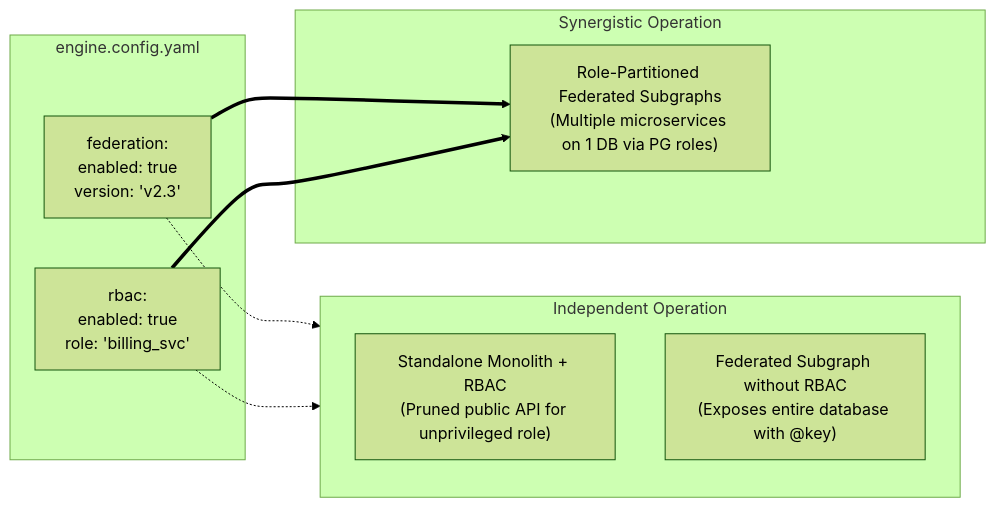
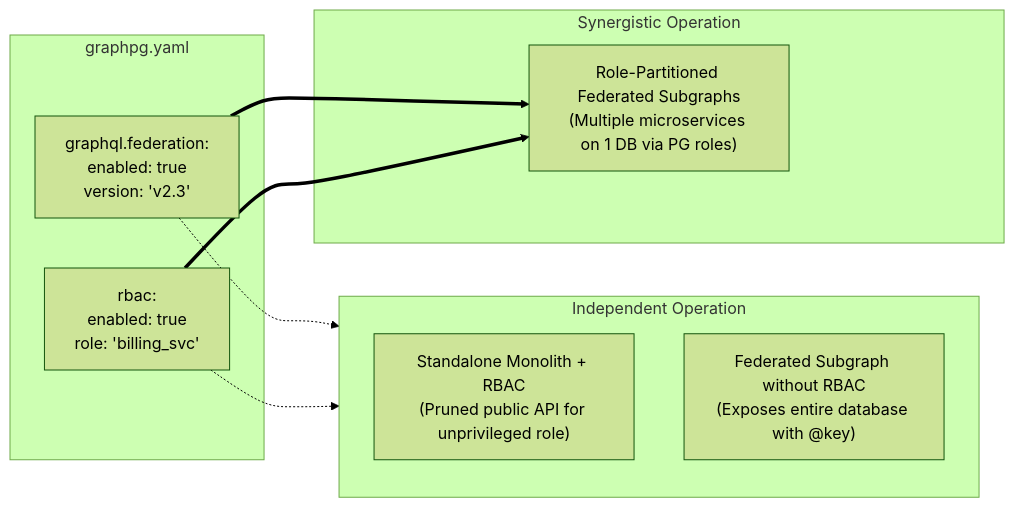
The first of 2 diagrams in docs/federation-and-rbac.md (mihailtd/graphpg), drawn with Mermaid (forest theme) before and after one commit. The commit also changed other lines of this file and 31 other files, not shown here.

````diff
--- a/docs/federation-and-rbac.md
+++ b/docs/federation-and-rbac.md
@@ -11,21 +11,21 @@
 ```mermaid
 flowchart LR
-    subgraph EngineConfig["engine.config.yaml"]
-        FedCfg["federation:<br/>enabled: true<br/>version: 'v2.3'"]
+    subgraph Config["graphpg.yaml"]
+        FedCfg["graphql.federation:<br/>enabled: true<br/>version: 'v2.3'"]
         RbacCfg["rbac:<br/>enabled: true<br/>role: 'billing_svc'"]
     end
 
     subgraph IndependentModes["Independent Operation"]
         direction TB
         M1["Standalone Monolith + RBAC<br/>(Pruned public API for unprivileged role)"]
         M2["Federated Subgraph without RBAC<br/>(Exposes entire database with @key)"]
     end
 
     subgraph SynergisticMode["Synergistic Operation"]
         M3["Role-Partitioned Federated Subgraphs<br/>(Multiple microservices on 1 DB via PG roles)"]
     end
 
     FedCfg -.-> M2
     RbacCfg -.-> M1
     FedCfg & RbacCfg ==> M3
 ```
````
